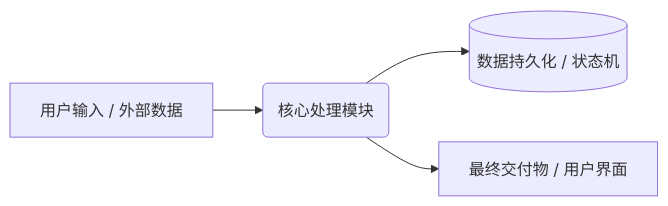
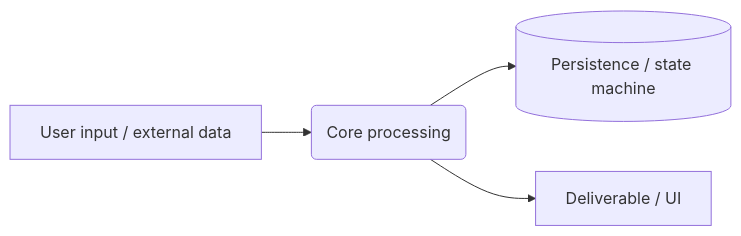
The diagram in SPEC.md (liuchangchxy/vibe-coding-starter), drawn with Mermaid before and after one commit. The commit also changed other lines of this file and 64 other files, not shown here.

````diff
--- a/SPEC.md
+++ b/SPEC.md
@@ -33,6 +35,6 @@
 ```mermaid
 flowchart LR
-    Input[用户输入 / 外部数据] --> Core(核心处理模块)
-    Core --> Storage[(数据持久化 / 状态机)]
-    Core --> Output[最终交付物 / 用户界面]
+    Input[User input / external data] --> Core(Core processing)
+    Core --> Storage[(Persistence / state machine)]
+    Core --> Output[Deliverable / UI]
 ```
````
